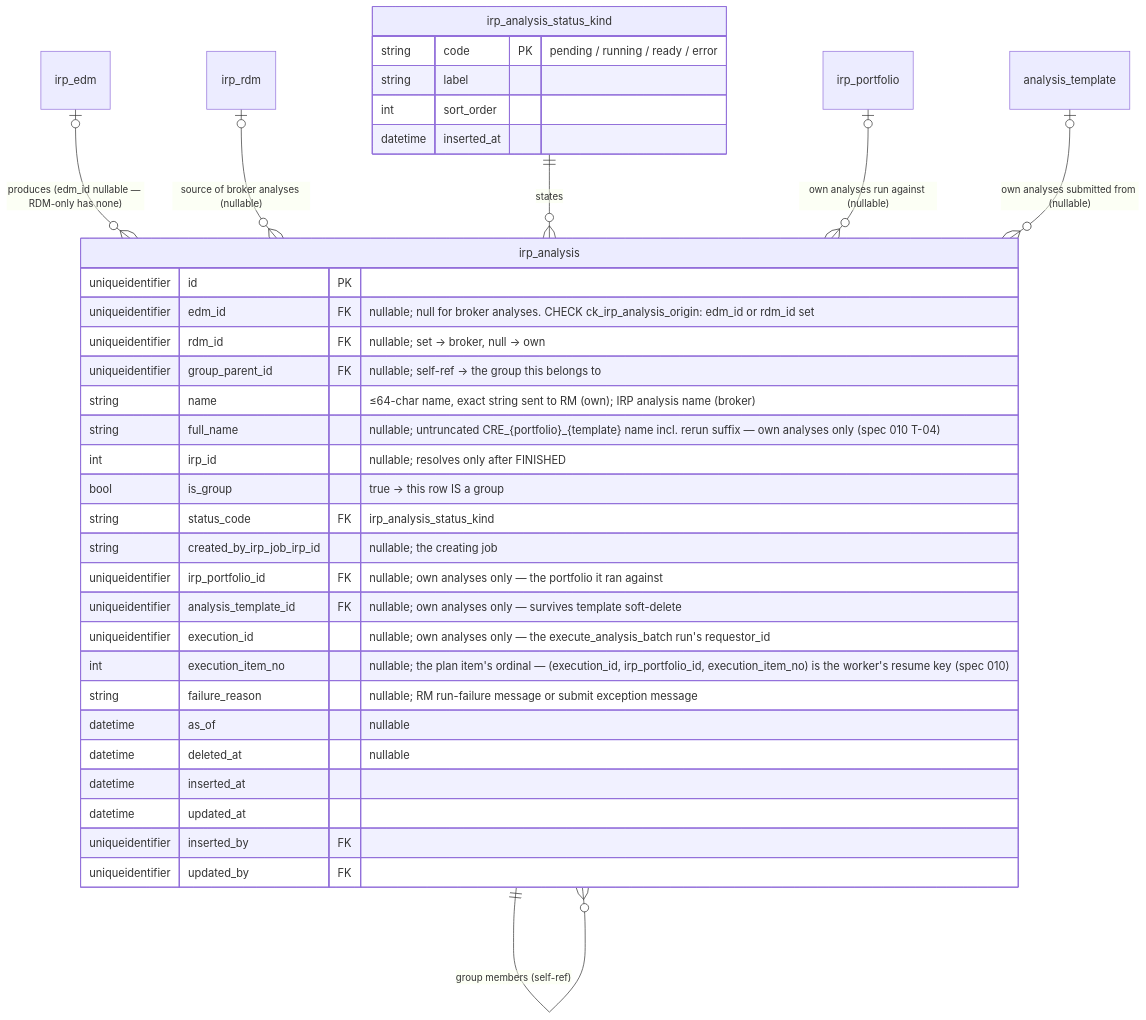
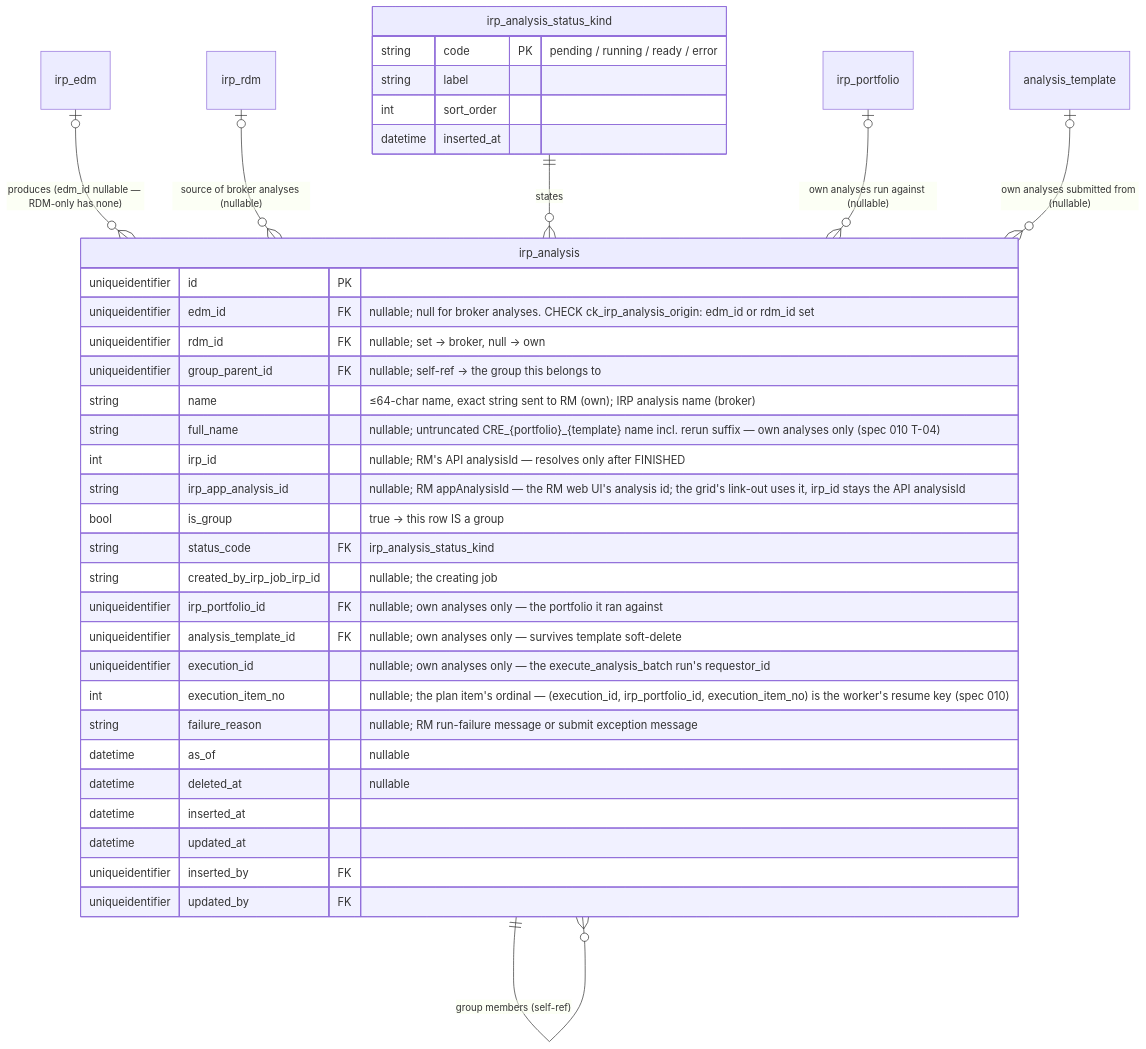
The fourth of 9 diagrams in docs/DATA_MODEL.md (anilvenugopal/risk-workbench), drawn with Mermaid before and after one commit. The commit also changed other lines of this file and 19 other files, not shown here.

First line of the commit message:
Resolve finished analyses by analysisId, not by name

````diff
--- a/docs/DATA_MODEL.md
+++ b/docs/DATA_MODEL.md
@@ -293,40 +293,41 @@
 ```mermaid
 erDiagram
   irp_edm |o--o{ irp_analysis : "produces (edm_id nullable — RDM-only has none)"
   irp_rdm |o--o{ irp_analysis : "source of broker analyses (nullable)"
   irp_analysis ||--o{ irp_analysis : "group members (self-ref)"
   irp_analysis_status_kind ||--o{ irp_analysis : states
 
   irp_portfolio |o--o{ irp_analysis : "own analyses run against (nullable)"
   analysis_template |o--o{ irp_analysis : "own analyses submitted from (nullable)"
 
   irp_analysis {
     uniqueidentifier id PK
     uniqueidentifier edm_id FK "nullable; null for broker analyses. CHECK ck_irp_analysis_origin: edm_id or rdm_id set"
     uniqueidentifier rdm_id FK "nullable; set → broker, null → own"
     uniqueidentifier group_parent_id FK "nullable; self-ref → the group this belongs to"
     string name "≤64-char name, exact string sent to RM (own); IRP analysis name (broker)"
     string full_name "nullable; untruncated CRE_{portfolio}_{template} name incl. rerun suffix — own analyses only (spec 010 T-04)"
-    int irp_id "nullable; resolves only after FINISHED"
+    int irp_id "nullable; RM's API analysisId — resolves only after FINISHED"
+    string irp_app_analysis_id "nullable; RM appAnalysisId — the RM web UI's analysis id; the grid's link-out uses it, irp_id stays the API analysisId"
     bool is_group "true → this row IS a group"
     string status_code FK "irp_analysis_status_kind"
     string created_by_irp_job_irp_id "nullable; the creating job"
     uniqueidentifier irp_portfolio_id FK "nullable; own analyses only — the portfolio it ran against"
     uniqueidentifier analysis_template_id FK "nullable; own analyses only — survives template soft-delete"
     uniqueidentifier execution_id "nullable; own analyses only — the execute_analysis_batch run's requestor_id"
     int execution_item_no "nullable; the plan item's ordinal — (execution_id, irp_portfolio_id, execution_item_no) is the worker's resume key (spec 010)"
     string failure_reason "nullable; RM run-failure message or submit exception message"
     datetime as_of "nullable"
     datetime deleted_at "nullable"
     datetime inserted_at
     datetime updated_at
     uniqueidentifier inserted_by FK
     uniqueidentifier updated_by FK
   }
   irp_analysis_status_kind {
     string code PK "pending / running / ready / error"
     string label
     int sort_order
     datetime inserted_at
   }
 ```
````
